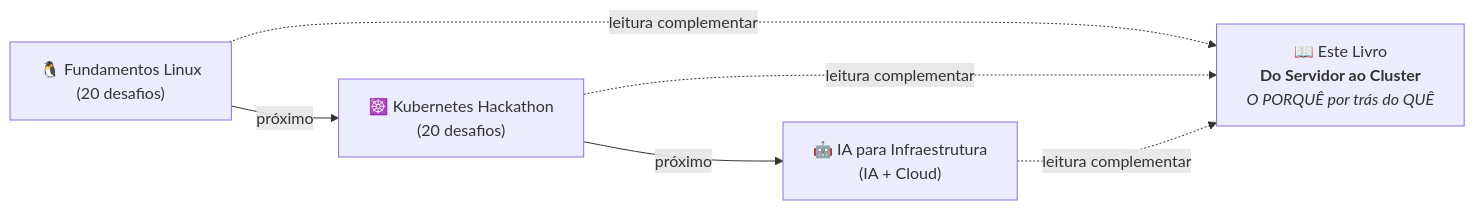
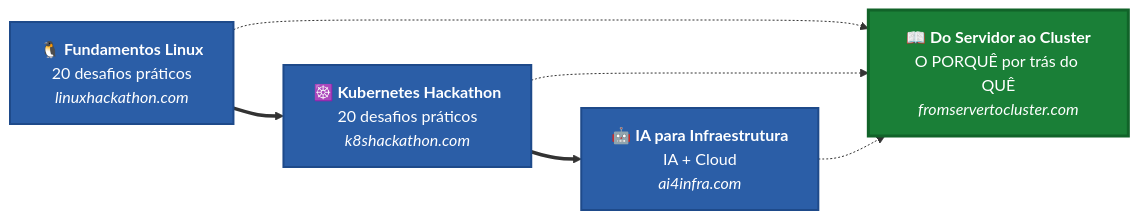
The diagram in README.md (ricmmartins/from-server-to-cluster), drawn with Mermaid before and after one commit.

Commit message:
Improve Mermaid diagram with colors, bold labels and clickable links

````diff
--- a/README.md
+++ b/README.md
@@ -61,13 +61,23 @@
 ```mermaid
 flowchart LR
-    A["🐧 Fundamentos Linux<br/>(20 desafios)"] -->|próximo| B["☸️ Kubernetes Hackathon<br/>(20 desafios)"]
-    B -->|próximo| C["🤖 IA para Infraestrutura<br/>(IA + Cloud)"]
-    A -.->|leitura complementar| D["📖 Este Livro<br/><b>Do Servidor ao Cluster</b><br/><i>O PORQUÊ por trás do QUÊ</i>"]
-    B -.->|leitura complementar| D
-    C -.->|leitura complementar| D
+    A["🐧 <b>Fundamentos Linux</b><br/>20 desafios práticos<br/><i>linuxhackathon.com</i>"]
+    B["☸️ <b>Kubernetes Hackathon</b><br/>20 desafios práticos<br/><i>k8shackathon.com</i>"]
+    C["🤖 <b>IA para Infraestrutura</b><br/>IA + Cloud<br/><i>ai4infra.com</i>"]
+    D["📖 <b>Do Servidor ao Cluster</b><br/>O PORQUÊ por trás do QUÊ<br/><i>fromservertocluster.com</i>"]
 
-    click A "https://linuxhackathon.com"
-    click B "https://k8shackathon.com"
-    click C "https://ai4infra.com"
-    click D "https://fromservertocluster.com"
+    A ==> B ==> C
+    A -.-> D
+    B -.-> D
+    C -.-> D
+
+    classDef challenge fill:#2b5ea7,stroke:#1e4a8a,color:#fff,stroke-width:2px
+    classDef book fill:#1a7f37,stroke:#116329,color:#fff,stroke-width:3px
+
+    class A,B,C challenge
+    class D book
+
+    click A "https://linuxhackathon.com" _blank
+    click B "https://k8shackathon.com" _blank
+    click C "https://ai4infra.com" _blank
+    click D "https://fromservertocluster.com" _blank
 ```
````
